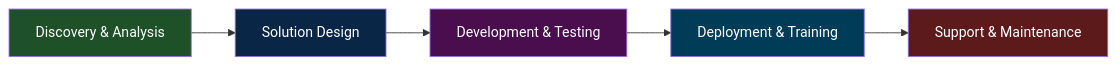
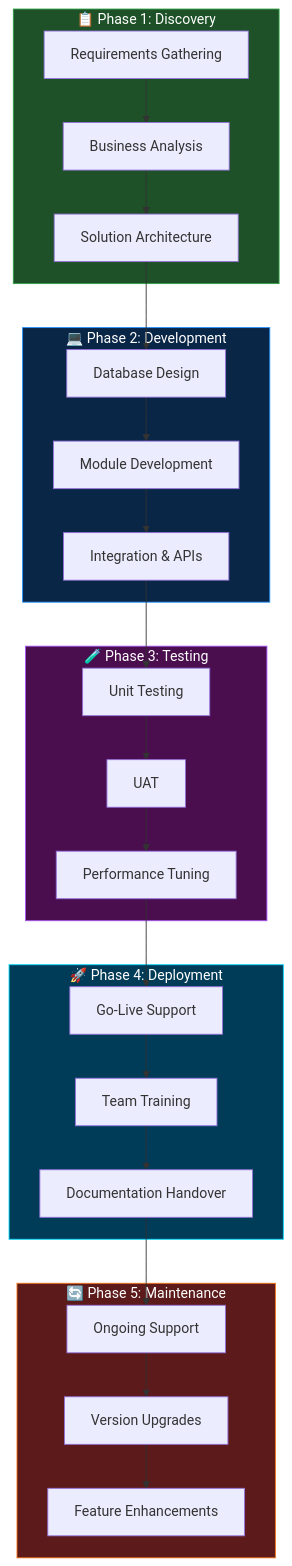
The diagram in README.md (Elmasry-631/Elmasry-631), drawn with Mermaid before and after one commit. The commit also changed other lines of this file, not shown here.

````diff
--- a/README.md
+++ b/README.md
@@ -385,13 +867,37 @@
 ```mermaid
-flowchart LR
-    A[Discovery & Analysis] --> B[Solution Design]
-    B --> C[Development & Testing]
-    C --> D[Deployment & Training]
-    D --> E[Support & Maintenance]
+flowchart TB
+    subgraph Phase1["📋 Phase 1: Discovery"]
+        A[Requirements Gathering] --> B[Business Analysis]
+        B --> C[Solution Architecture]
+    end
     
-    style A fill:#1E5128,color:#fff
-    style B fill:#0A2647,color:#fff
-    style C fill:#4A0E4E,color:#fff
-    style D fill:#003C58,color:#fff
-    style E fill:#5C1A1A,color:#fff
+    subgraph Phase2["💻 Phase 2: Development"]
+        C --> D[Database Design]
+        D --> E[Module Development]
+        E --> F[Integration & APIs]
+    end
+    
+    subgraph Phase3["🧪 Phase 3: Testing"]
+        F --> G[Unit Testing]
+        G --> H[UAT]
+        H --> I[Performance Tuning]
+    end
+    
+    subgraph Phase4["🚀 Phase 4: Deployment"]
+        I --> J[Go-Live Support]
+        J --> K[Team Training]
+        K --> L[Documentation Handover]
+    end
+    
+    subgraph Phase5["🔄 Phase 5: Maintenance"]
+        L --> M[Ongoing Support]
+        M --> N[Version Upgrades]
+        N --> O[Feature Enhancements]
+    end
+
+    style Phase1 fill:#1E5128,color:#fff,stroke:#2EA043
+    style Phase2 fill:#0A2647,color:#fff,stroke:#1E90FF
+    style Phase3 fill:#4A0E4E,color:#fff,stroke:#A855F7
+    style Phase4 fill:#003C58,color:#fff,stroke:#00D9FF
+    style Phase5 fill:#5C1A1A,color:#fff,stroke:#F97316
 ```
````
